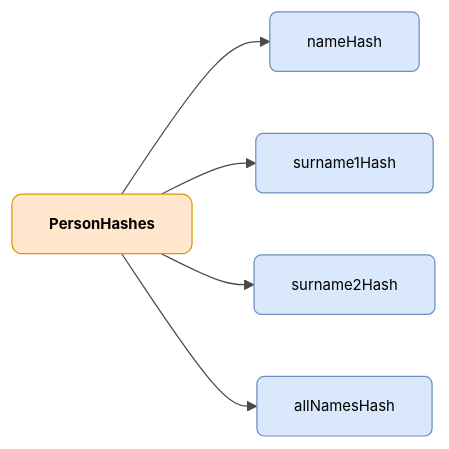
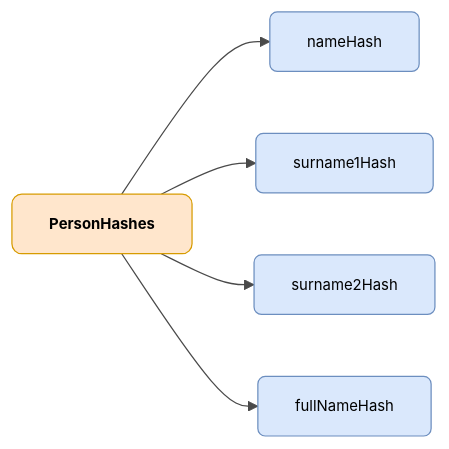
One commit to DENA-Euskadi/dena-euskadi.github.io changed the diagram in docs/semantica/person-sync/modelo/push/person-hashes.en.md. Above: the diagram before and after it, drawn with Mermaid. The commit also changed other lines of this file and 48 other files, not shown here.

````diff
--- a/docs/semantica/person-sync/modelo/push/person-hashes.en.md
+++ b/docs/semantica/person-sync/modelo/push/person-hashes.en.md
@@ -7,25 +7,25 @@
 ```mermaid
 ---
 config:
   theme: base
   themeVariables:
     primaryColor: "#FFFFFF"
     primaryTextColor: "#000000"
     primaryBorderColor: "#CCCCCC"
     lineColor: "#4A4A4A"
     fontSize: "12px"
 ---
 flowchart LR
     HASHES["<b>PersonHashes</b>"]
 
     HASHES --> NAME["nameHash"]
     HASHES --> SURNAME1["surname1Hash"]
     HASHES --> SURNAME2["surname2Hash"]
-    HASHES --> ALLNAMES["allNamesHash"]
+    HASHES --> ALLNAMES["fullNameHash"]
 
     style HASHES fill:#ffe6cc,stroke:#d79b00,color:#000000,rx:8,ry:8
     style NAME fill:#dae8fc,stroke:#6c8ebf,color:#000000,rx:6,ry:6
     style SURNAME1 fill:#dae8fc,stroke:#6c8ebf,color:#000000,rx:6,ry:6
     style SURNAME2 fill:#dae8fc,stroke:#6c8ebf,color:#000000,rx:6,ry:6
     style ALLNAMES fill:#dae8fc,stroke:#6c8ebf,color:#000000,rx:6,ry:6
 ```
````
